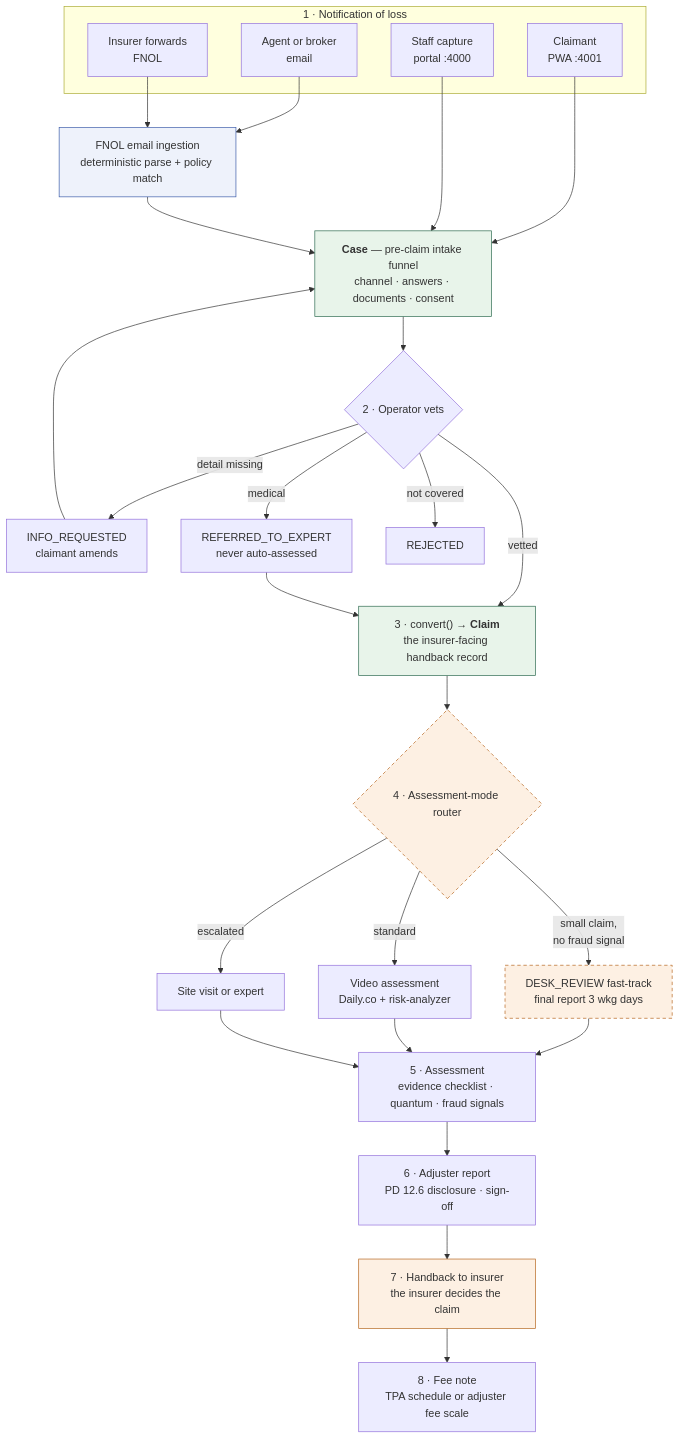
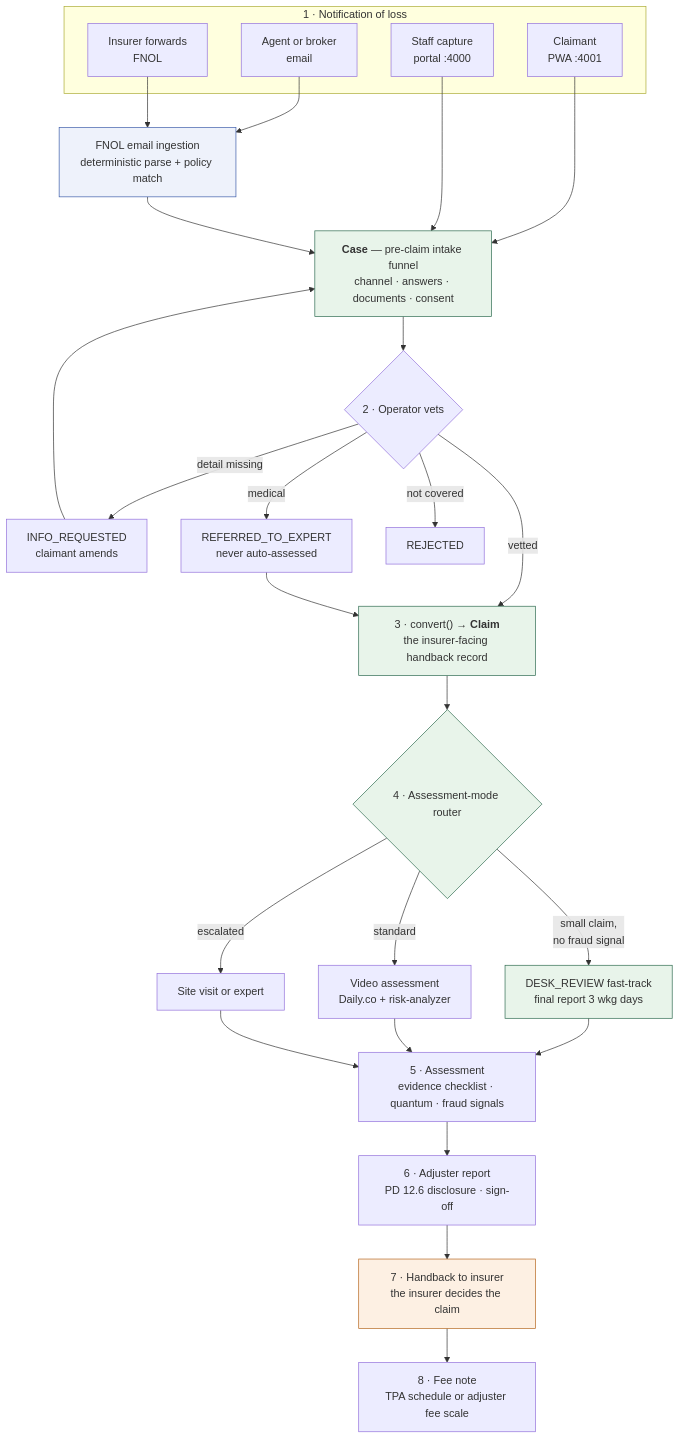
Before and after one commit to leobarcove/true-claim-insight: the first of 11 diagrams in docs/USER_FLOWS.md, drawn with Mermaid. The commit also changed other lines of this file and 14 other files, not shown here.

````diff
--- a/docs/USER_FLOWS.md
+++ b/docs/USER_FLOWS.md
@@ -18,64 +18,64 @@
 ```mermaid
 flowchart TD
     subgraph INTAKE["1 · Notification of loss"]
         C1["`Claimant
 PWA :4001`"]
         C2["`Agent or broker
 email`"]
         C3["`Insurer forwards
 FNOL`"]
         C4["`Staff capture
 portal :4000`"]
     end
 
     C1 --> CASE
     C2 --> ING["`FNOL email ingestion
 deterministic parse + policy match`"]
     C3 --> ING
     C4 --> CASE
     ING --> CASE
 
     CASE["`**Case** — pre-claim intake funnel
 channel · answers · documents · consent`"]
 
     CASE --> VET{"2 · Operator vets"}
     VET -->|"detail missing"| INFO["`INFO_REQUESTED
 claimant amends`"]
     INFO --> CASE
     VET -->|"medical"| EXP["`REFERRED_TO_EXPERT
 never auto-assessed`"]
     VET -->|"not covered"| REJ["REJECTED"]
     VET -->|"vetted"| CONV
     EXP --> CONV
 
     CONV["`3 · convert() → **Claim**
 the insurer-facing handback record`"]
 
     CONV --> MODE{"4 · Assessment-mode router"}
     MODE -->|"`small claim,
 no fraud signal`"| DESK["`DESK_REVIEW fast-track
 final report 3 wkg days`"]
     MODE -->|"standard"| VIDEO["`Video assessment
 Daily.co + risk-analyzer`"]
     MODE -->|"escalated"| SITE["Site visit or expert"]
 
     DESK --> ASSESS
     VIDEO --> ASSESS
     SITE --> ASSESS
 
     ASSESS["`5 · Assessment
 evidence checklist · quantum · fraud signals`"]
     ASSESS --> REPORT["`6 · Adjuster report
 PD 12.6 disclosure · sign-off`"]
     REPORT --> HANDBACK["`7 · Handback to insurer
 the insurer decides the claim`"]
     HANDBACK --> BILL["`8 · Fee note
 TPA schedule or adjuster fee scale`"]
 
     style CASE fill:#e8f4ea,stroke:#2d6a4f
     style CONV fill:#e8f4ea,stroke:#2d6a4f
-    style MODE fill:#fdf0e3,stroke:#b5651d,stroke-dasharray:5 4
-    style DESK fill:#fdf0e3,stroke:#b5651d,stroke-dasharray:5 4
+    style MODE fill:#e8f4ea,stroke:#2d6a4f
+    style DESK fill:#e8f4ea,stroke:#2d6a4f
     style HANDBACK fill:#fdf0e3,stroke:#b5651d
     style ING fill:#eef2fb,stroke:#3b5bA9
 ```
````
